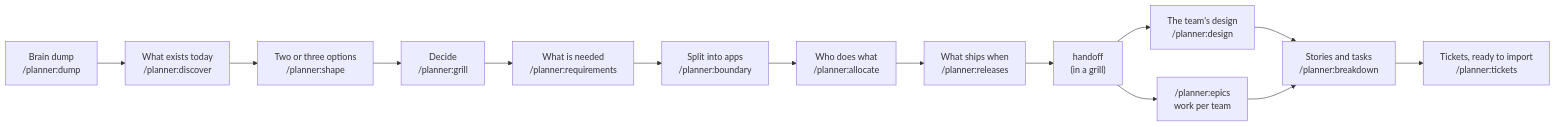
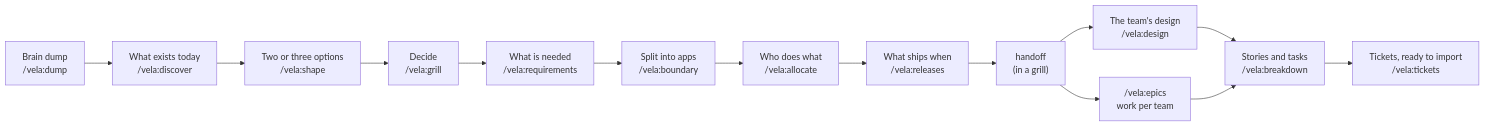
One commit to smalls257/vela changed the second of 2 diagrams in docs/GUIDE.md. Above: the diagram before and after it, drawn with Mermaid. The commit also changed other lines of this file and 1034 other files, not shown here.

````diff
--- a/docs/GUIDE.md
+++ b/docs/GUIDE.md
@@ -96,16 +96,16 @@
 ```mermaid
 flowchart LR
-  A["Brain dump<br/>/planner:dump"] --> B["What exists today<br/>/planner:discover"]
-  B --> C["Two or three options<br/>/planner:shape"]
-  C --> D["Decide<br/>/planner:grill"]
-  D --> E["What is needed<br/>/planner:requirements"]
-  E --> F["Split into apps<br/>/planner:boundary"]
-  F --> G["Who does what<br/>/planner:allocate"]
-  G --> H["What ships when<br/>/planner:releases"]
+  A["Brain dump<br/>/vela:dump"] --> B["What exists today<br/>/vela:discover"]
+  B --> C["Two or three options<br/>/vela:shape"]
+  C --> D["Decide<br/>/vela:grill"]
+  D --> E["What is needed<br/>/vela:requirements"]
+  E --> F["Split into apps<br/>/vela:boundary"]
+  F --> G["Who does what<br/>/vela:allocate"]
+  G --> H["What ships when<br/>/vela:releases"]
   H --> J["handoff<br/>(in a grill)"]
-  J --> I["/planner:epics<br/>work per team"]
-  J --> K["The team's design<br/>/planner:design"]
-  K --> L["Stories and tasks<br/>/planner:breakdown"]
+  J --> I["/vela:epics<br/>work per team"]
+  J --> K["The team's design<br/>/vela:design"]
+  K --> L["Stories and tasks<br/>/vela:breakdown"]
   I --> L
-  L --> M["Tickets, ready to import<br/>/planner:tickets"]
+  L --> M["Tickets, ready to import<br/>/vela:tickets"]
 ```
````
